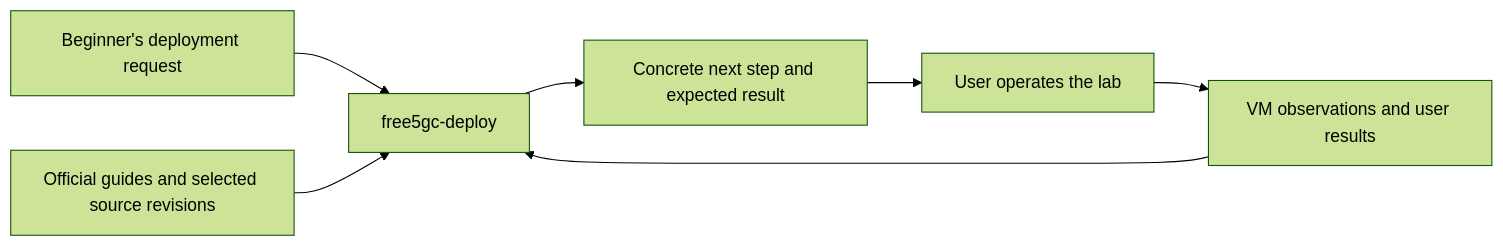
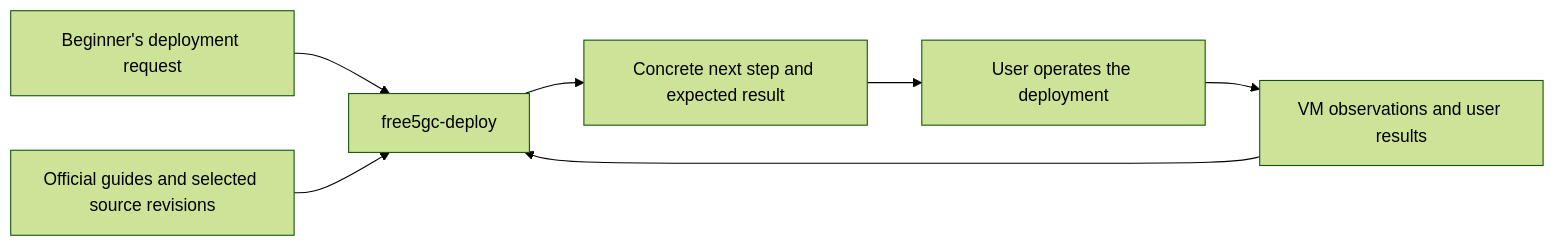
One commit to free5gc/free5gc.github.io changed the first of 6 diagrams in docs/blog/20260812/20260812.md. Above: the diagram before and after it, drawn with Mermaid (forest theme). The commit also changed other lines of this file, not shown here.

Commit message:
docs(blog): generalize agent guidance and simplify workflow diagram

````diff
--- a/docs/blog/20260812/20260812.md
+++ b/docs/blog/20260812/20260812.md
@@ -23,9 +23,9 @@
 ```mermaid
 flowchart LR
     Request[Beginner's deployment request] --> Skill[free5gc-deploy]
     Docs[Official guides and selected source revisions] --> Skill
     Evidence[VM observations and user results] --> Skill
     Skill --> Next[Concrete next step and expected result]
-    Next --> User[User operates the lab]
+    Next --> User[User operates the deployment]
     User --> Evidence
 ```
````
